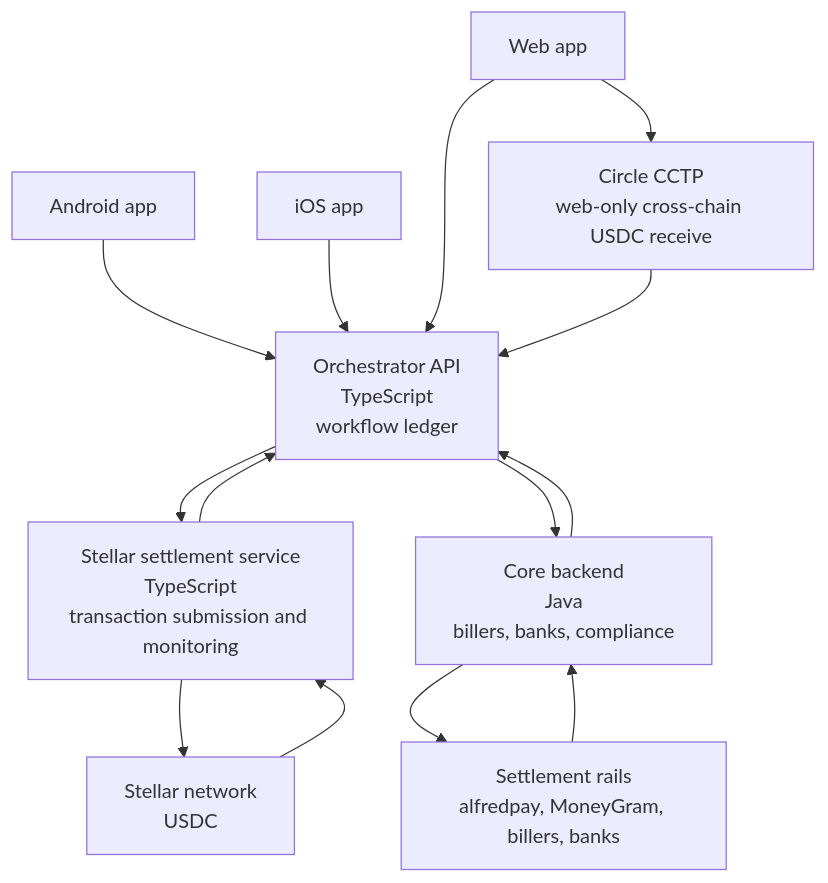
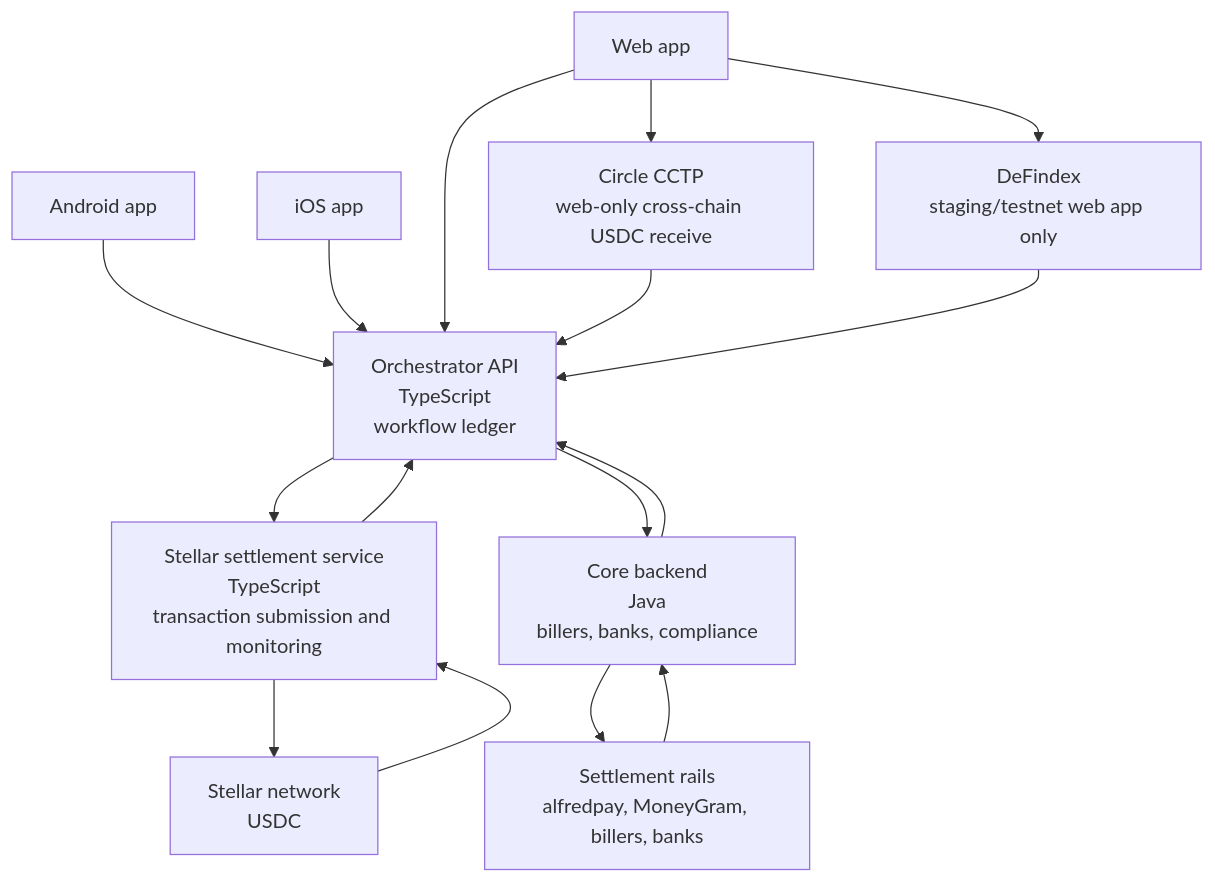
One commit to unfodl/saldo_architecture changed the diagram in docs/architecture.md. Above: the diagram before and after it, drawn with Mermaid. The commit also changed other lines of this file and 6 other files, not shown here.

Commit message:
Add DeFindex staging roadmap

````diff
--- a/docs/architecture.md
+++ b/docs/architecture.md
@@ -7,27 +7,30 @@
 ```mermaid
 flowchart TD
     android[Android app]
     ios[iOS app]
     web[Web app]
 
     orchestrator[Orchestrator API<br/>TypeScript<br/>workflow ledger]
     stellar[Stellar settlement service<br/>TypeScript<br/>transaction submission and monitoring]
     core[Core backend<br/>Java<br/>billers, banks, compliance]
     rails[Settlement rails<br/>alfredpay, MoneyGram, billers, banks]
     cctp[Circle CCTP<br/>web-only cross-chain USDC receive]
+    defindex[DeFindex<br/>staging/testnet web app only]
     network[Stellar network<br/>USDC]
 
     android --> orchestrator
     ios --> orchestrator
     web --> orchestrator
     web --> cctp
     cctp --> orchestrator
+    web --> defindex
+    defindex --> orchestrator
     orchestrator --> stellar
     orchestrator --> core
     stellar --> network
     network --> stellar
     core --> rails
     rails --> core
     stellar --> orchestrator
     core --> orchestrator
 ```
````
